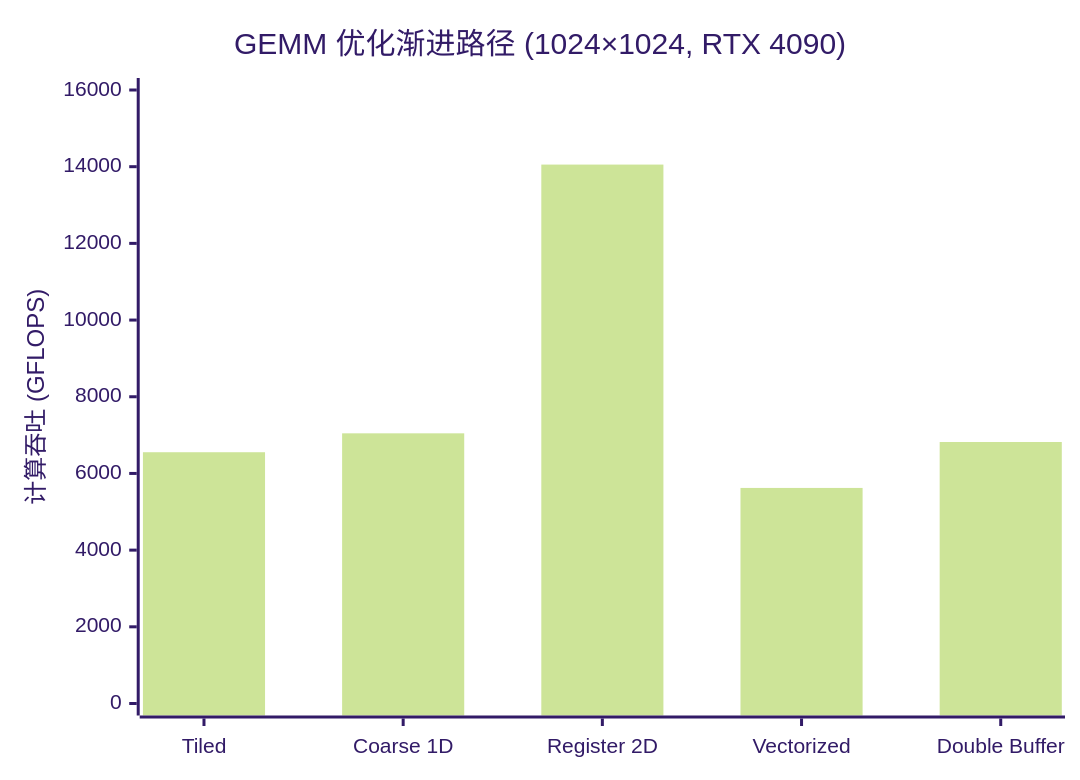
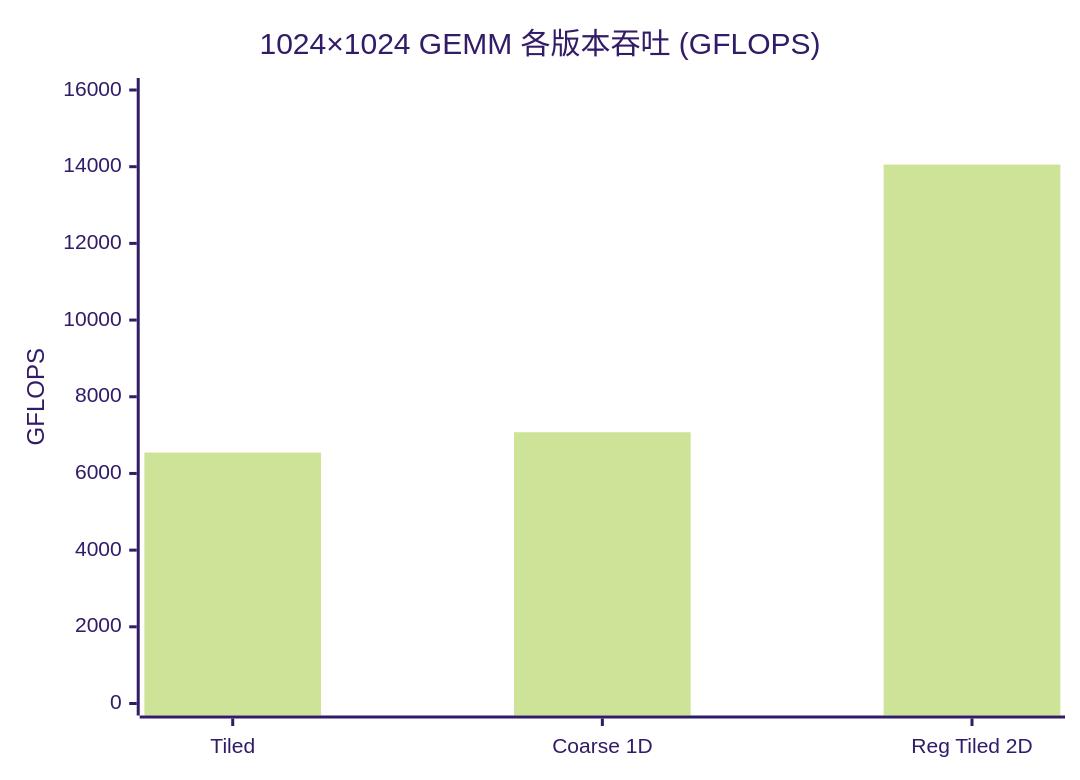
The second of 2 diagrams in Blogs/04_GEMM_Optimization_Register_Tiling.md (psmarter/CUDA-Practice), drawn with Mermaid (forest theme) before and after one commit. The commit also changed other lines of this file and 28 other files, not shown here.

````diff
--- a/Blogs/04_GEMM_Optimization_Register_Tiling.md
+++ b/Blogs/04_GEMM_Optimization_Register_Tiling.md
@@ -143,7 +127,7 @@
 ```mermaid
 xychart-beta
-  title "GEMM 优化渐进路径 (1024×1024, RTX 4090)"
-  x-axis ["Tiled", "Coarse 1D", "Register 2D", "Vectorized", "Double Buffer"]
-  y-axis "计算吞吐 (GFLOPS)" 0 --> 16000
-  bar [6553, 7046, 14055, 5622, 6820]
+  title "1024×1024 GEMM 各版本吞吐 (GFLOPS)"
+  x-axis ["Tiled", "Coarse 1D", "Reg Tiled 2D"]
+  y-axis "GFLOPS" 0 --> 16000
+  bar [6544, 7075, 14055]
 ```
````
